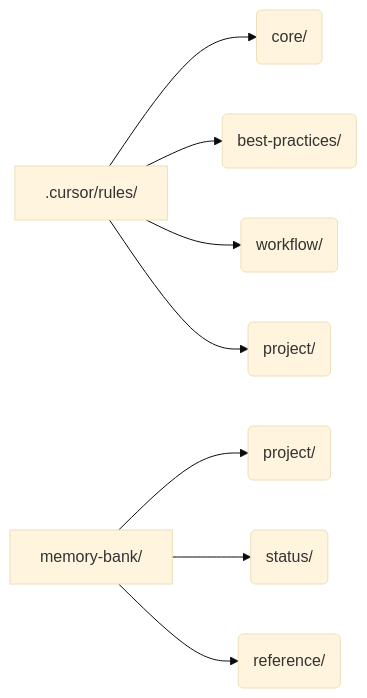
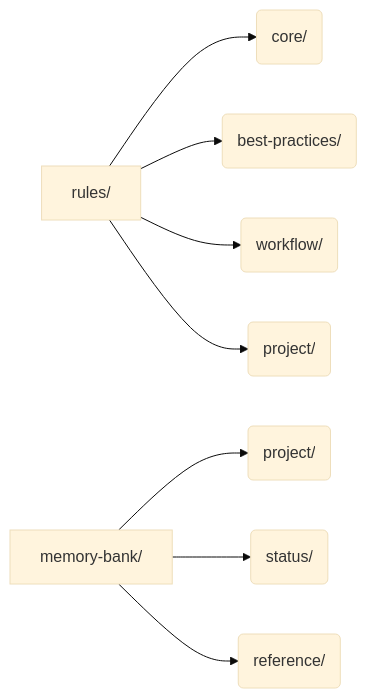
One commit to Pinnacle-Solutions-Group/llm-memory-bank changed the first of 2 diagrams in README.md. Above: the diagram before and after it, drawn with Mermaid (base theme). The commit also changed other lines of this file, not shown here.

Commit message:
fix: update README.md for clarity and consistency - Correct file path references from `.cursor/rules/` to `rules/`. - Remove unnecessary whitespace and ensure consistent formatting in examples and instructions.

````diff
--- a/README.md
+++ b/README.md
@@ -22,10 +22,10 @@
 ```mermaid
 graph LR
-    A[.cursor/rules/] --> B(core/)
+    A[rules/] --> B(core/)
     A --> C(best-practices/)
     A --> D(workflow/)
     A --> E(project/)
     F[memory-bank/] --> G(project/)
     F --> H(status/)
     F --> I(reference/)
 ```
````
